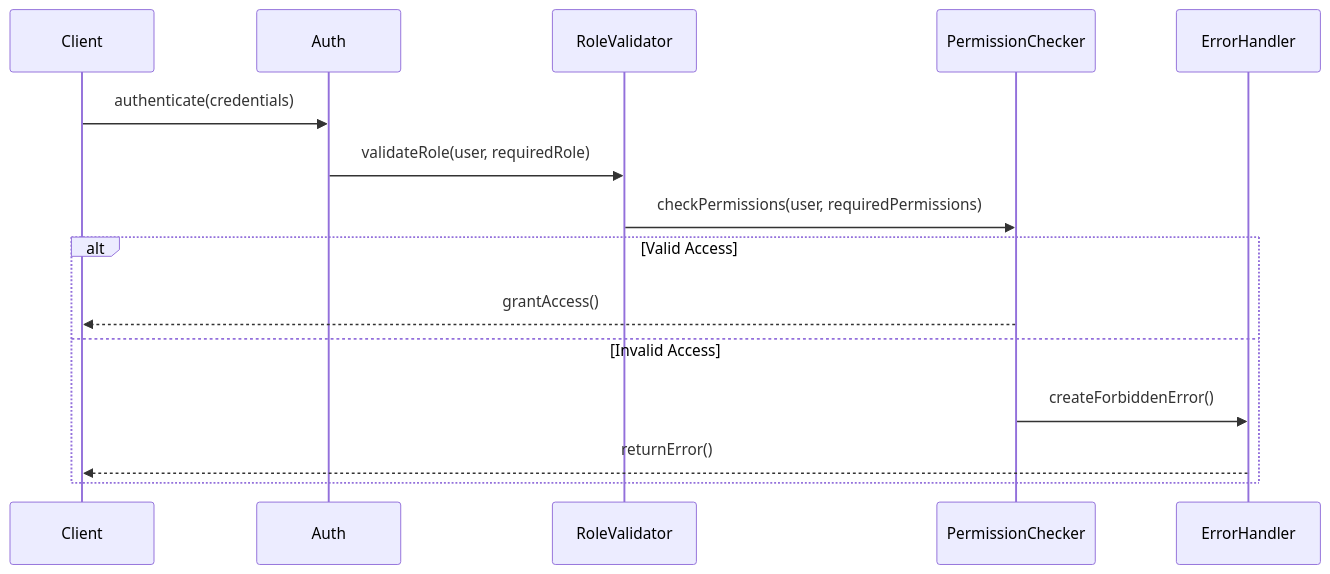
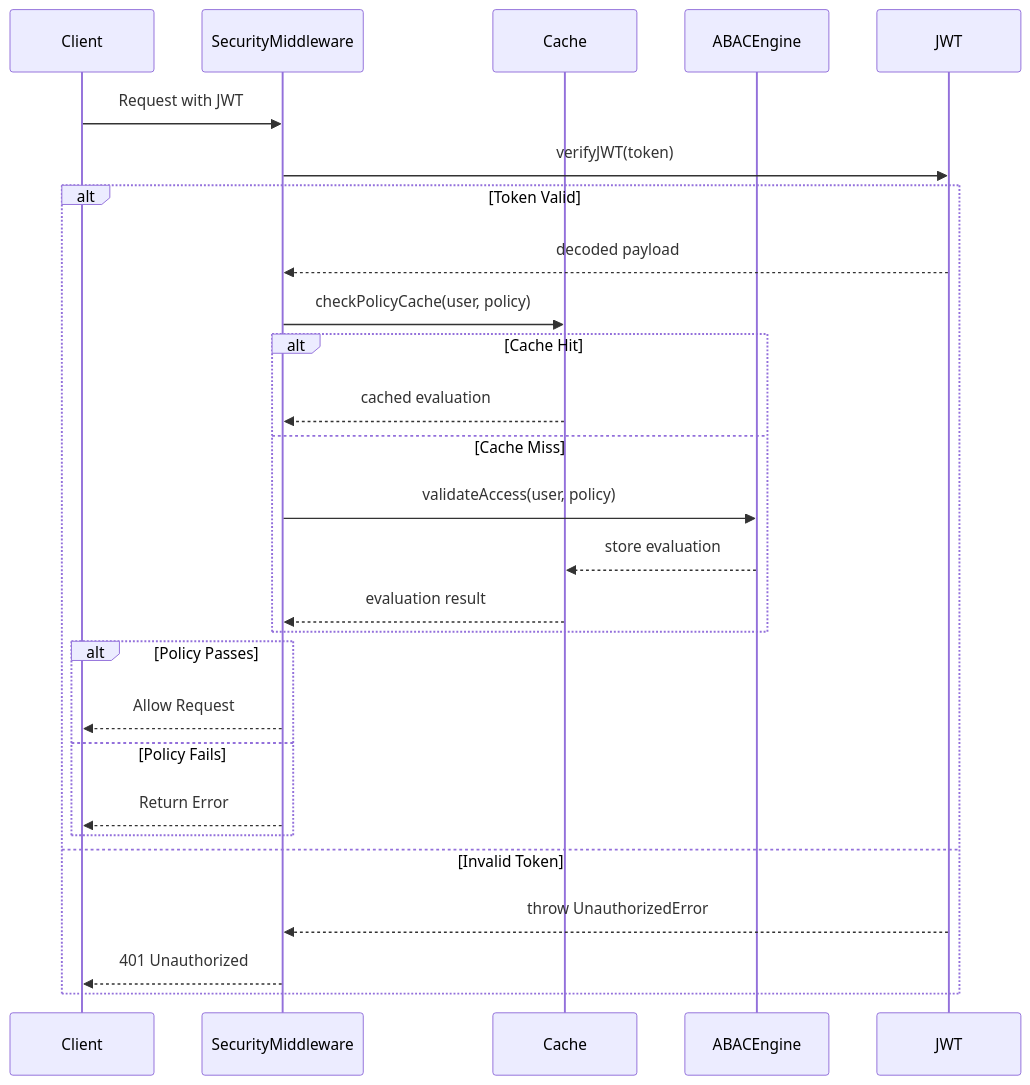
One commit to CodeLordGh/eduplan changed the diagram in docs/architecture/auth-and-abac-system.md. Above: the diagram before and after it, drawn with Mermaid. The commit also changed other lines of this file and 17 other files, not shown here.

````diff
--- a/docs/architecture/auth-and-abac-system.md
+++ b/docs/architecture/auth-and-abac-system.md
@@ -21,19 +56,33 @@
 ```mermaid
 sequenceDiagram
     participant Client
-    participant Auth
-    participant RoleValidator
-    participant PermissionChecker
-    participant ErrorHandler
+    participant SecurityMiddleware
+    participant Cache
+    participant ABACEngine
+    participant JWT
     
-    Client->>Auth: authenticate(credentials)
-    Auth->>RoleValidator: validateRole(user, requiredRole)
-    RoleValidator->>PermissionChecker: checkPermissions(user, requiredPermissions)
+    Client->>SecurityMiddleware: Request with JWT
+    SecurityMiddleware->>JWT: verifyJWT(token)
     
-    alt Valid Access
-        PermissionChecker-->>Client: grantAccess()
-    else Invalid Access
-        PermissionChecker->>ErrorHandler: createForbiddenError()
-        ErrorHandler-->>Client: returnError()
+    alt Token Valid
+        JWT-->>SecurityMiddleware: decoded payload
+        SecurityMiddleware->>Cache: checkPolicyCache(user, policy)
+        
+        alt Cache Hit
+            Cache-->>SecurityMiddleware: cached evaluation
+        else Cache Miss
+            SecurityMiddleware->>ABACEngine: validateAccess(user, policy)
+            ABACEngine-->>Cache: store evaluation
+            Cache-->>SecurityMiddleware: evaluation result
+        end
+        
+        alt Policy Passes
+            SecurityMiddleware-->>Client: Allow Request
+        else Policy Fails
+            SecurityMiddleware-->>Client: Return Error
+        end
+    else Invalid Token
+        JWT-->>SecurityMiddleware: throw UnauthorizedError
+        SecurityMiddleware-->>Client: 401 Unauthorized
     end
 ```
````
